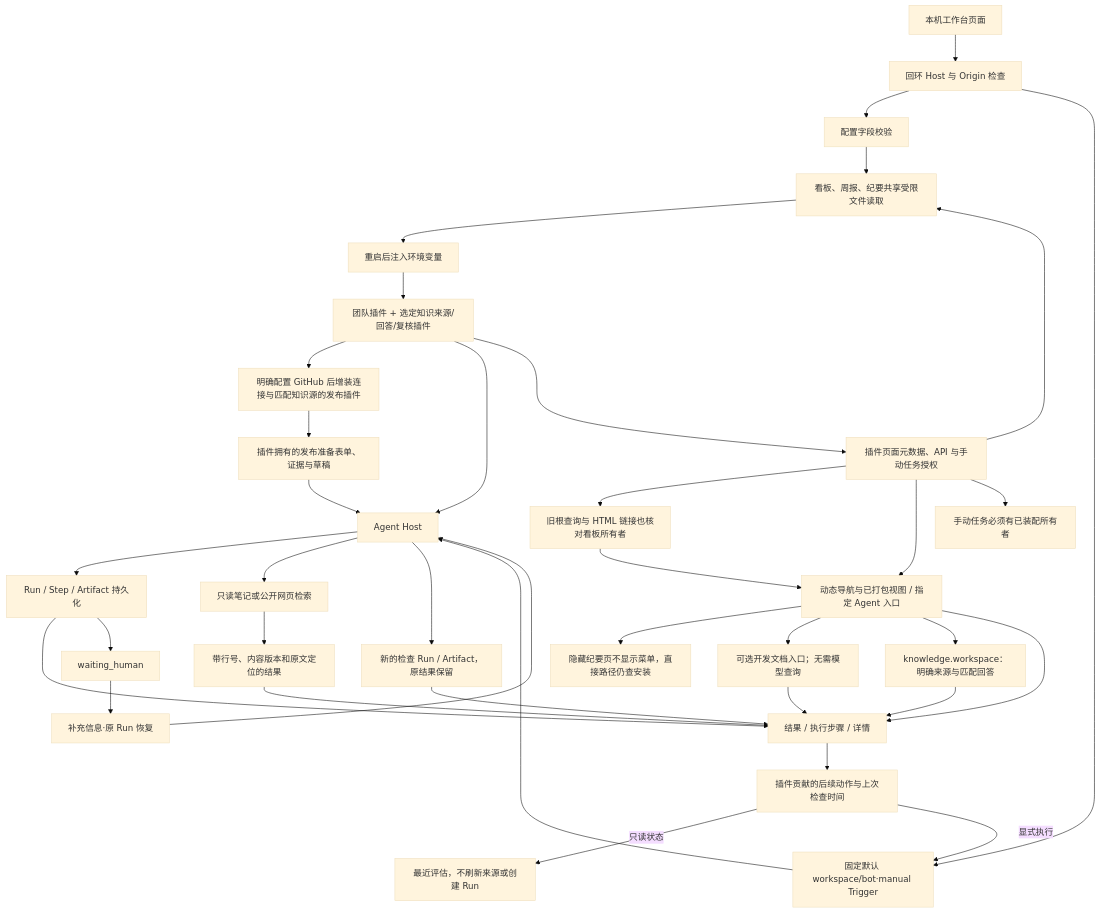
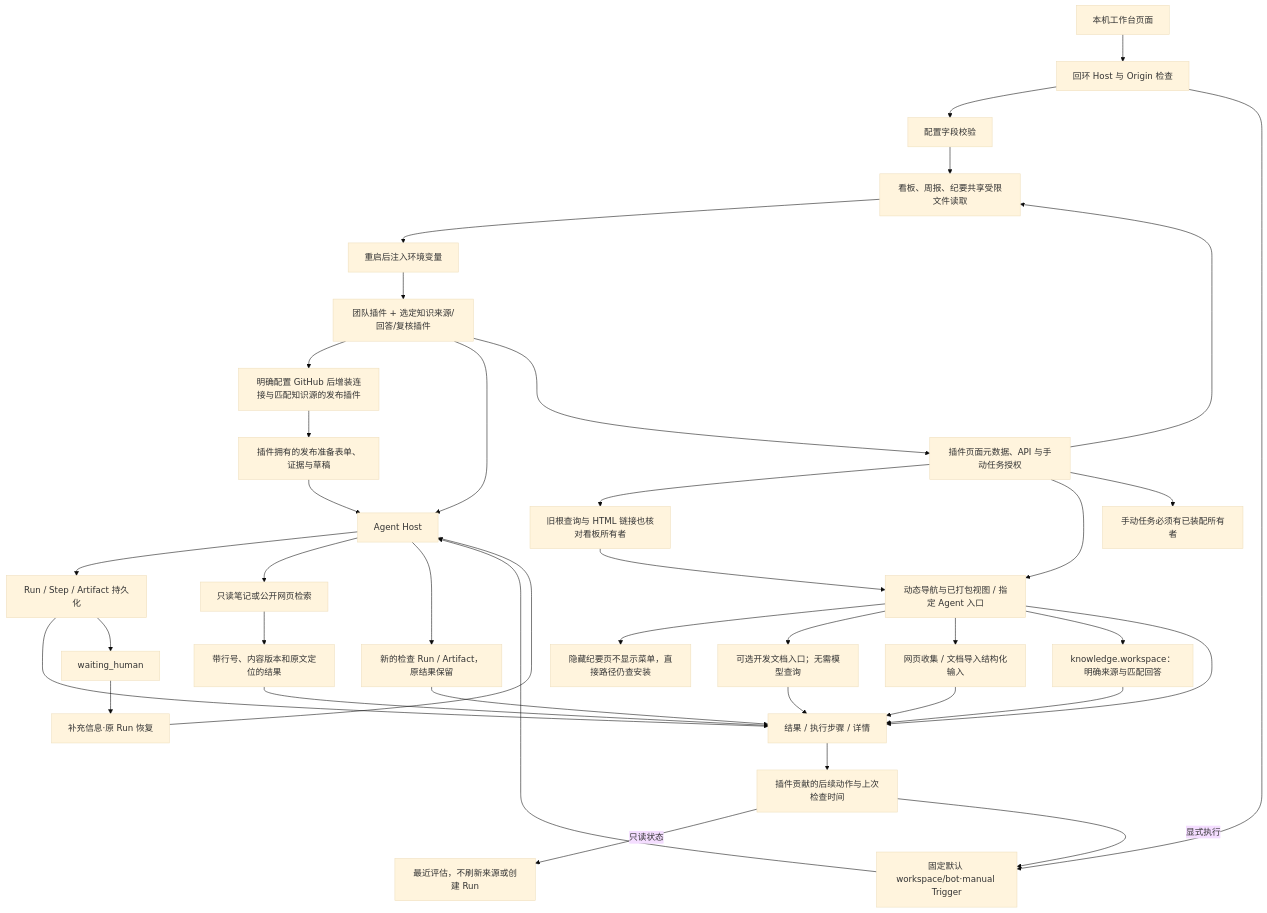
The diagram in backend/src/platform/workspace/FEATURE.md (KlayPeter/AI-Delivery-Ops-Agent), drawn with Mermaid (base theme) before and after one commit. The commit also changed other lines of this file and 33 other files, not shown here.

````diff
--- a/backend/src/platform/workspace/FEATURE.md
+++ b/backend/src/platform/workspace/FEATURE.md
@@ -19,39 +19,41 @@
 ```mermaid
 flowchart TD
     UI[本机工作台页面] --> G[回环 Host 与 Origin 检查]
     G --> CFG[配置字段校验]
     CFG --> FILE[connections.json 原子写入·0600]
     FILE --> BOOT[重启后注入环境变量]
     BOOT --> PL[团队插件 + 选定知识来源/回答/复核插件]
     PL --> GH[明确配置 GitHub 后增装连接与匹配知识源的发布插件]
     GH --> RP[插件拥有的发布准备表单、证据与草稿]
     RP --> H
     PL --> H[Agent Host]
     G --> T[固定默认 workspace/bot·manual Trigger]
     T --> H
     H --> R[Run / Step / Artifact 持久化]
     R --> V[结果 / 执行步骤 / 详情]
     R --> WAIT[waiting_human]
     WAIT --> REPLY[补充信息·原 Run 恢复]
     REPLY --> H
     H --> K[只读笔记或公开网页检索]
     K --> EV[带行号、内容版本和原文定位的结果]
     EV --> V
     PL --> WEB[插件页面元数据、API 与手动任务授权]
     WEB --> ALIAS[旧根查询与 HTML 链接也核对看板所有者]
     ALIAS --> NAV
     WEB --> NAV[动态导航与已打包视图 / 指定 Agent 入口]
     NAV --> HIDDEN[隐藏纪要页不显示菜单，直接路径仍查安装]
     WEB --> FILE[看板、周报、纪要共享受限文件读取]
     NAV --> C7[可选开发文档入口；无需模型查询]
     C7 --> V
+    NAV --> COL[网页收集 / 文档导入结构化输入]
+    COL --> V
     NAV --> KW[knowledge.workspace：明确来源与匹配回答]
     KW --> V
     NAV --> V
     WEB --> JOBS[手动任务必须有已装配所有者]
     V --> ACT[插件贡献的后续动作与上次检查时间]
     ACT -- 只读状态 --> KV[最近评估，不刷新来源或创建 Run]
     ACT -- 显式执行 --> T
     H --> CHECK[新的检查 Run / Artifact，原结果保留]
     CHECK --> V
 ```
````
